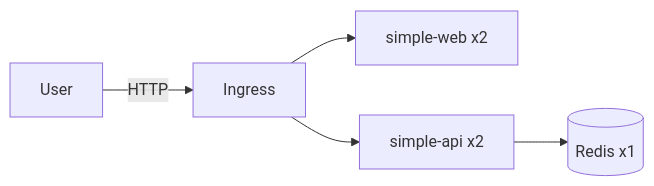
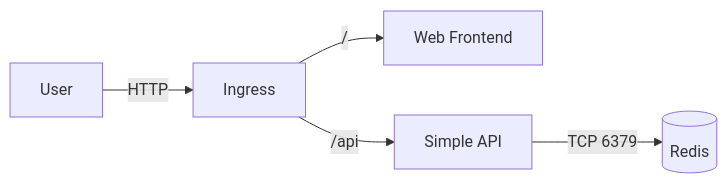
The first of 4 diagrams in step13-architecture-review/README.md (NAGA-29/K8s-Learn), drawn with Mermaid before and after one commit. The commit also changed other lines of this file and 7 other files, not shown here.

````diff
--- a/step13-architecture-review/README.md
+++ b/step13-architecture-review/README.md
@@ -33,7 +48,7 @@
 ```mermaid
 flowchart LR
     User -->|HTTP| Ingress
-    Ingress --> Web[simple-web x2]
-    Ingress --> API[simple-api x2]
-    API --> Redis[(Redis x1)]
+    Ingress -->|/| Web[Web Frontend]
+    Ingress -->|/api| API[Simple API]
+    API -->|TCP 6379| Redis[(Redis)]
 ```
````
